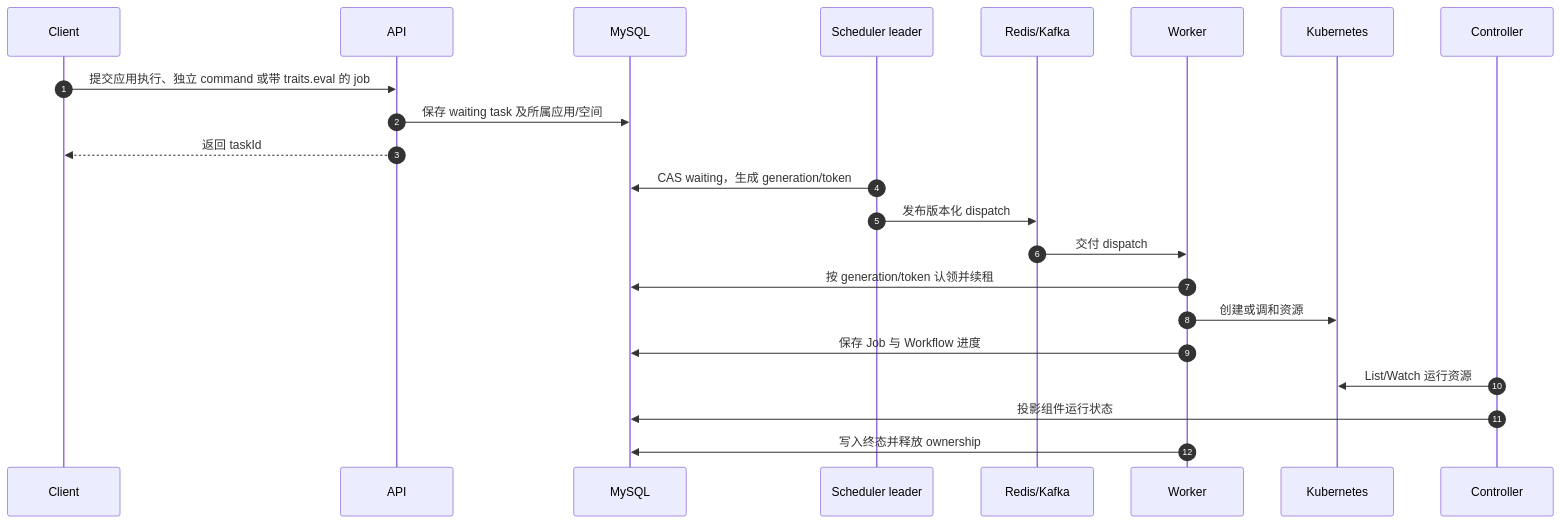
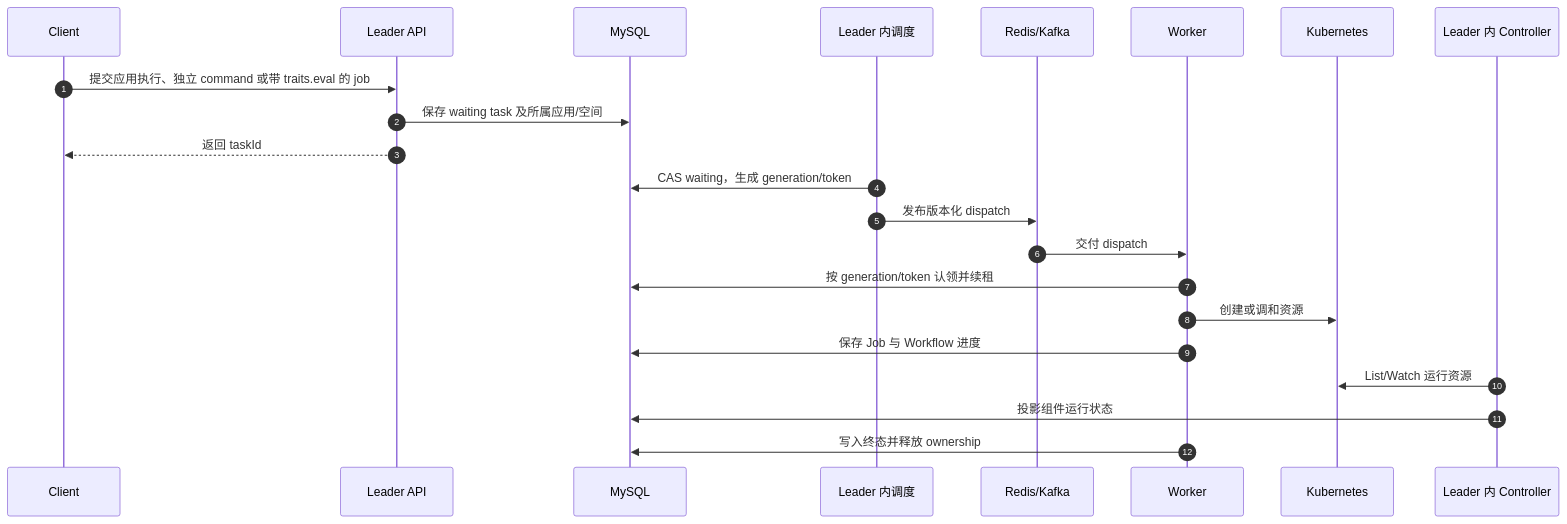
One commit to PixelCores/Eruun changed the second of 5 diagrams in docs/architecture-diagrams.md. Above: the diagram before and after it, drawn with Mermaid. The commit also changed other lines of this file and 123 other files, not shown here.

````diff
--- a/docs/architecture-diagrams.md
+++ b/docs/architecture-diagrams.md
@@ -50,25 +37,25 @@
 ```mermaid
 sequenceDiagram
     autonumber
     participant C as Client
-    participant A as API
+    participant A as Leader API
     participant D as MySQL
-    participant S as Scheduler leader
+    participant S as Leader 内调度
     participant Q as Redis/Kafka
     participant W as Worker
     participant K as Kubernetes
-    participant O as Controller
+    participant O as Leader 内 Controller
 
     C->>A: 提交应用执行、独立 command 或带 traits.eval 的 job
     A->>D: 保存 waiting task 及所属应用/空间
     A-->>C: 返回 taskId
     S->>D: CAS waiting，生成 generation/token
     S->>Q: 发布版本化 dispatch
     Q->>W: 交付 dispatch
     W->>D: 按 generation/token 认领并续租
     W->>K: 创建或调和资源
     W->>D: 保存 Job 与 Workflow 进度
     O->>K: List/Watch 运行资源
     O->>D: 投影组件运行状态
     W->>D: 写入终态并释放 ownership
 ```
````
